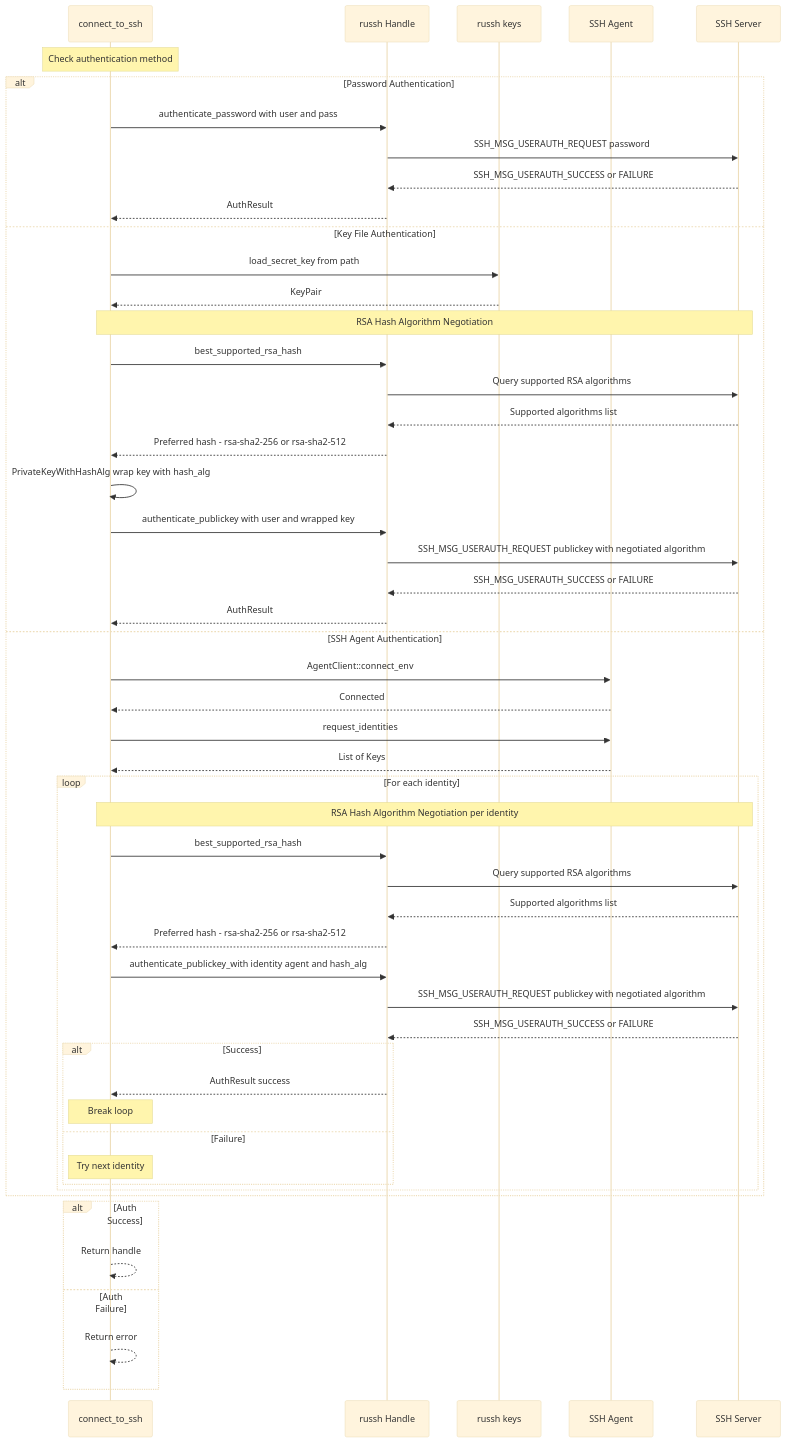
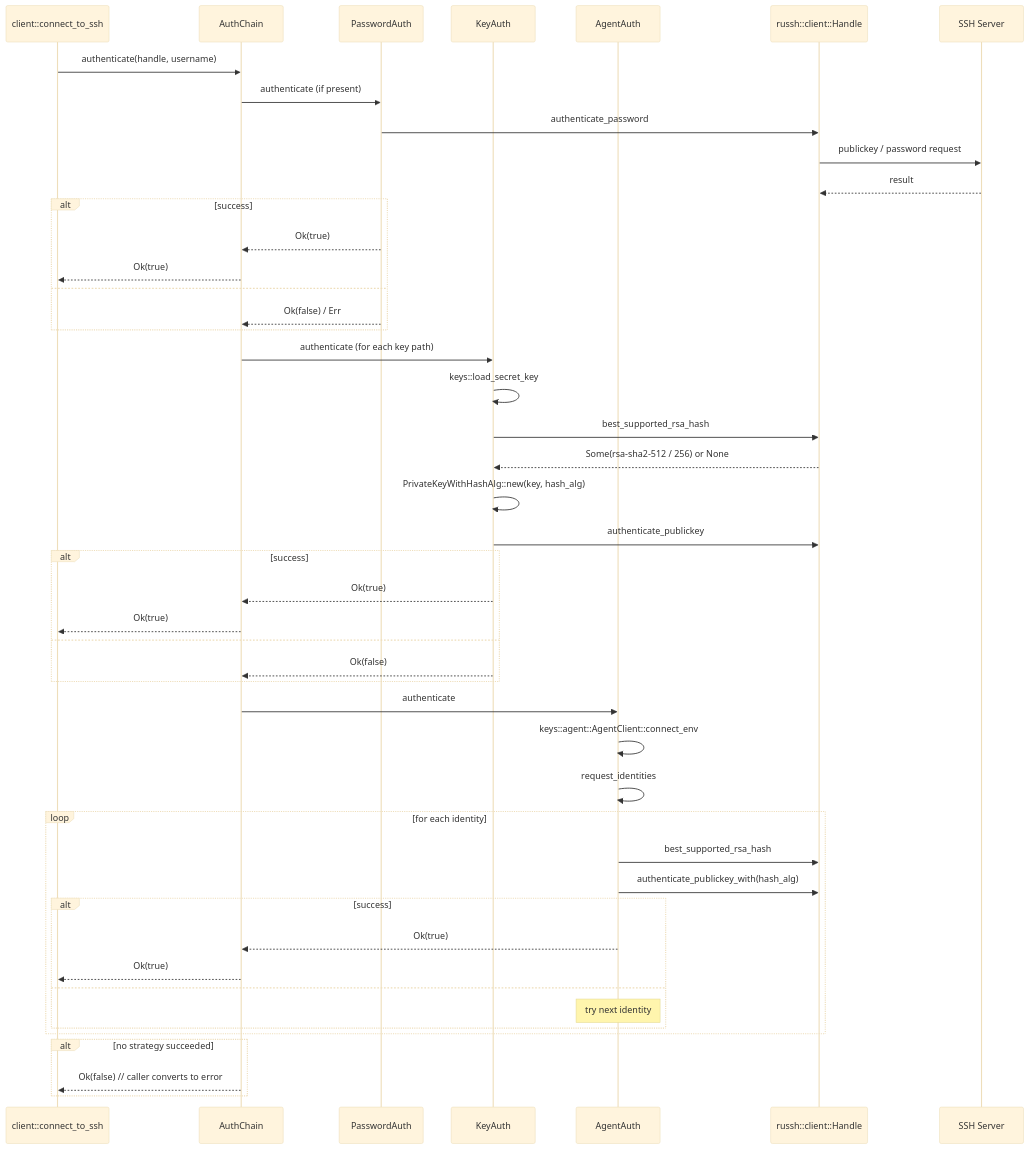
The sixth of 24 diagrams in docs/FLOWS.md (farchanjo/ssh-mcp), drawn with Mermaid (base theme) before and after one commit. The commit also changed other lines of this file and 5 other files, not shown here.

````diff
--- a/docs/FLOWS.md
+++ b/docs/FLOWS.md
@@ -237,63 +264,54 @@
 ```mermaid
 sequenceDiagram
-    participant SSH as connect_to_ssh
-    participant Handle as russh Handle
-    participant Keys as russh keys
-    participant Agent as SSH Agent
+    participant Client as client::connect_to_ssh
+    participant Chain as AuthChain
+    participant Pass as PasswordAuth
+    participant Key as KeyAuth
+    participant Agent as AgentAuth
+    participant Handle as russh::client::Handle
     participant Server as SSH Server
 
-    Note over SSH: Check authentication method
+    Client->>Chain: authenticate(handle, username)
 
-    alt Password Authentication
-        SSH->>Handle: authenticate_password with user and pass
-        Handle->>Server: SSH_MSG_USERAUTH_REQUEST password
-        Server-->>Handle: SSH_MSG_USERAUTH_SUCCESS or FAILURE
-        Handle-->>SSH: AuthResult
+    Chain->>Pass: authenticate (if present)
+    Pass->>Handle: authenticate_password
+    Handle->>Server: publickey / password request
+    Server-->>Handle: result
+    alt success
+        Pass-->>Chain: Ok(true)
+        Chain-->>Client: Ok(true)
+    else
+        Pass-->>Chain: Ok(false) / Err
+    end
 
-    else Key File Authentication
-        SSH->>Keys: load_secret_key from path
-        Keys-->>SSH: KeyPair
+    Chain->>Key: authenticate (for each key path)
+    Key->>Key: keys::load_secret_key
+    Key->>Handle: best_supported_rsa_hash
+    Handle-->>Key: Some(rsa-sha2-512 / 256) or None
+    Key->>Key: PrivateKeyWithHashAlg::new(key, hash_alg)
+    Key->>Handle: authenticate_publickey
+    alt success
+        Key-->>Chain: Ok(true)
+        Chain-->>Client: Ok(true)
+    else
+        Key-->>Chain: Ok(false)
+    end
 
-        Note over SSH,Server: RSA Hash Algorithm Negotiation
-        SSH->>Handle: best_supported_rsa_hash
-        Handle->>Server: Query supported RSA algorithms
-        Server-->>Handle: Supported algorithms list
-        Handle-->>SSH: Preferred hash - rsa-sha2-256 or rsa-sha2-512
-
-        SSH->>SSH: PrivateKeyWithHashAlg wrap key with hash_alg
-        SSH->>Handle: authenticate_publickey with user and wrapped key
-        Handle->>Server: SSH_MSG_USERAUTH_REQUEST publickey with negotiated algorithm
-        Server-->>Handle: SSH_MSG_USERAUTH_SUCCESS or FAILURE
-        Handle-->>SSH: AuthResult
-
-    else SSH Agent Authentication
-        SSH->>Agent: AgentClient::connect_env
-        Agent-->>SSH: Connected
-        SSH->>Agent: request_identities
-        Agent-->>SSH: List of Keys
-
-        loop For each identity
-            Note over SSH,Server: RSA Hash Algorithm Negotiation per identity
-            SSH->>Handle: best_supported_rsa_hash
-            Handle->>Server: Query supported RSA algorithms
-            Server-->>Handle: Supported algorithms list
-            Handle-->>SSH: Preferred hash - rsa-sha2-256 or rsa-sha2-512
-
-            SSH->>Handle: authenticate_publickey_with identity agent and hash_alg
-            Handle->>Server: SSH_MSG_USERAUTH_REQUEST publickey with negotiated algorithm
-            Server-->>Handle: SSH_MSG_USERAUTH_SUCCESS or FAILURE
-            alt Success
-                Handle-->>SSH: AuthResult success
-                Note over SSH: Break loop
-            else Failure
-                Note over SSH: Try next identity
-            end
+    Chain->>Agent: authenticate
+    Agent->>Agent: keys::agent::AgentClient::connect_env
+    Agent->>Agent: request_identities
+    loop for each identity
+        Agent->>Handle: best_supported_rsa_hash
+        Agent->>Handle: authenticate_publickey_with(hash_alg)
+        alt success
+            Agent-->>Chain: Ok(true)
+            Chain-->>Client: Ok(true)
+        else
+            Note over Agent: try next identity
         end
     end
 
-    alt Auth Success
-        SSH-->>SSH: Return handle
-    else Auth Failure
-        SSH-->>SSH: Return error
+    alt no strategy succeeded
+        Chain-->>Client: Ok(false)  // caller converts to error
     end
 ```
````
